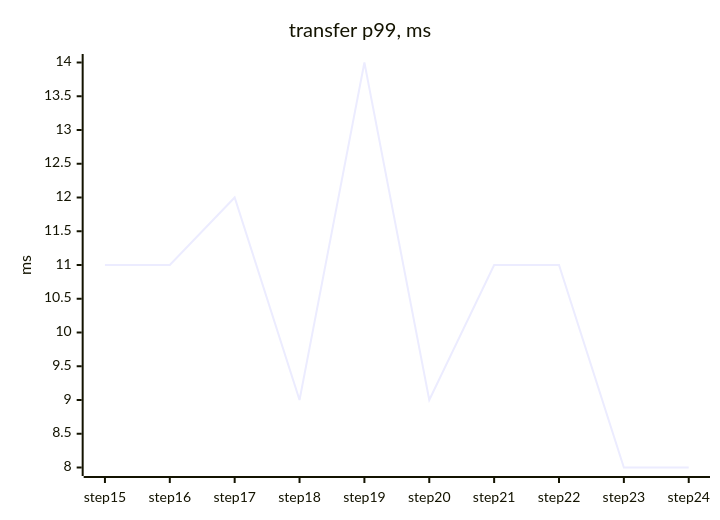
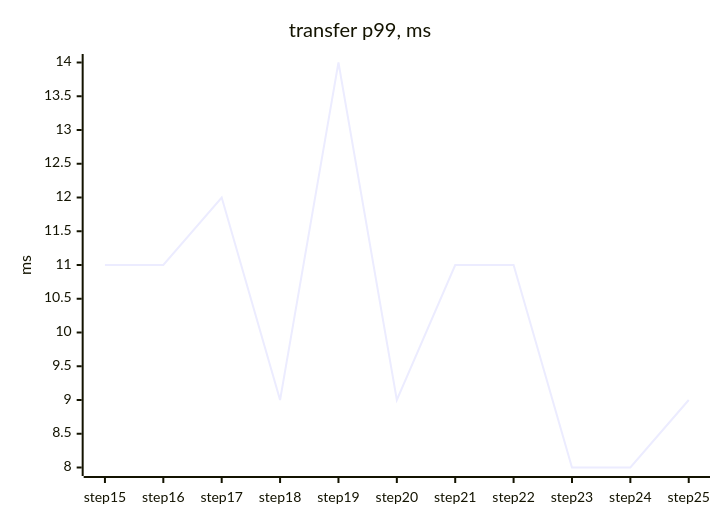
One commit to tanvoid0/ledgerflow changed the first of 4 diagrams in docs/perf/README.md. Above: the diagram before and after it, drawn with Mermaid. The commit also changed other lines of this file and 7 other files, not shown here.

````diff
--- a/docs/perf/README.md
+++ b/docs/perf/README.md
@@ -27,7 +28,7 @@
 ```mermaid
 xychart-beta
     title "transfer p99, ms"
-    x-axis ["step15", "step16", "step17", "step18", "step19", "step20", "step21", "step22", "step23", "step24"]
+    x-axis ["step15", "step16", "step17", "step18", "step19", "step20", "step21", "step22", "step23", "step24", "step25"]
     y-axis "ms"
-    line [11, 11, 12, 9, 14, 9, 11, 11, 8, 8]
+    line [11, 11, 12, 9, 14, 9, 11, 11, 8, 8, 9]
 ```
````
